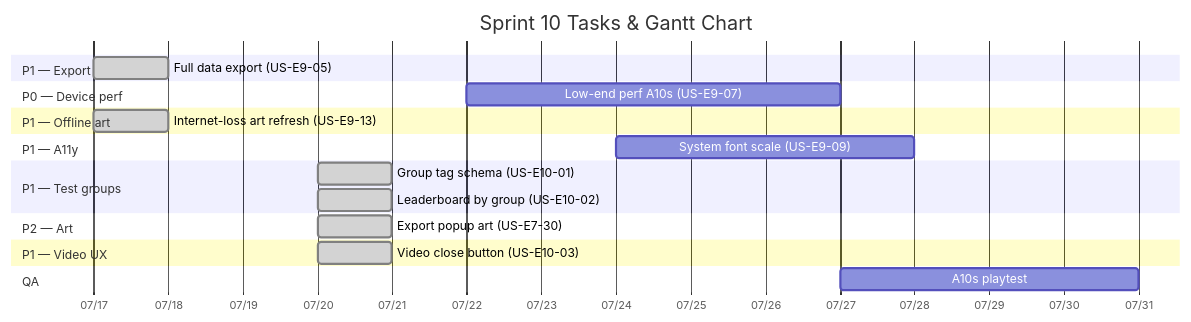
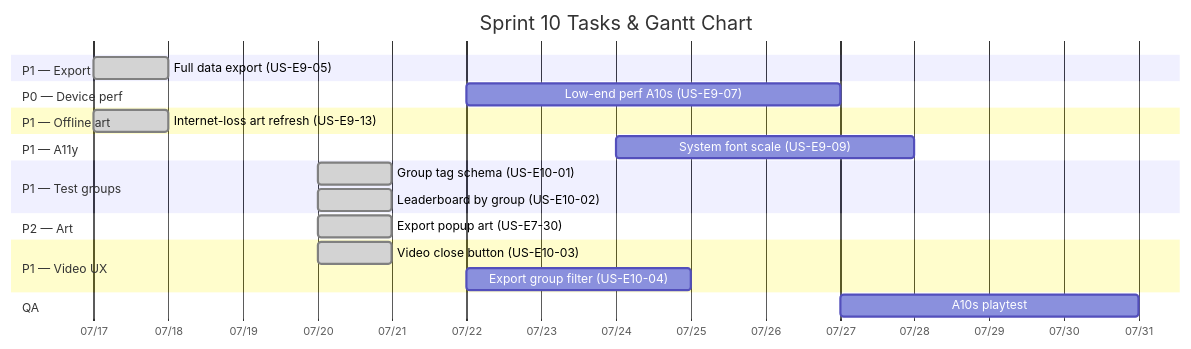
The diagram in docs/agile/sprint-backlogs/sprint-10.md (ChayutChanmueang/mci-cognitive-game-hub-dev-deploy), drawn with Mermaid before and after one commit. The commit also changed other lines of this file and 5 other files, not shown here.

First line of the commit message:
docs: add US-E10-04 — filter export CSV by group tag + scroll view

````diff
--- a/docs/agile/sprint-backlogs/sprint-10.md
+++ b/docs/agile/sprint-backlogs/sprint-10.md
@@ -12,23 +12,24 @@
 ```mermaid
 gantt
     title Sprint 10 Tasks & Gantt Chart
     dateFormat  YYYY-MM-DD
     axisFormat  %m/%d
     section P1 — Export
     Full data export (US-E9-05)      :done, t5, 2026-07-17, 1d
     section P0 — Device perf
     Low-end perf A10s (US-E9-07)     :t7, 2026-07-22, 5d
     section P1 — Offline art
     Internet-loss art refresh (US-E9-13) :done, t13, 2026-07-17, 1d
     section P1 — A11y
     System font scale (US-E9-09)     :t9, 2026-07-24, 4d
     section P1 — Test groups
     Group tag schema (US-E10-01)     :done, t101, 2026-07-20, 1d
     Leaderboard by group (US-E10-02) :done, t102, 2026-07-20, 1d
     section P2 — Art
     Export popup art (US-E7-30)      :done, t730, 2026-07-20, 1d
     section P1 — Video UX
     Video close button (US-E10-03)   :done, t1003, 2026-07-20, 1d
+    Export group filter (US-E10-04)  :t1004, 2026-07-22, 3d
     section QA
     A10s playtest                    :q1, 2026-07-27, 4d
 ```
````
